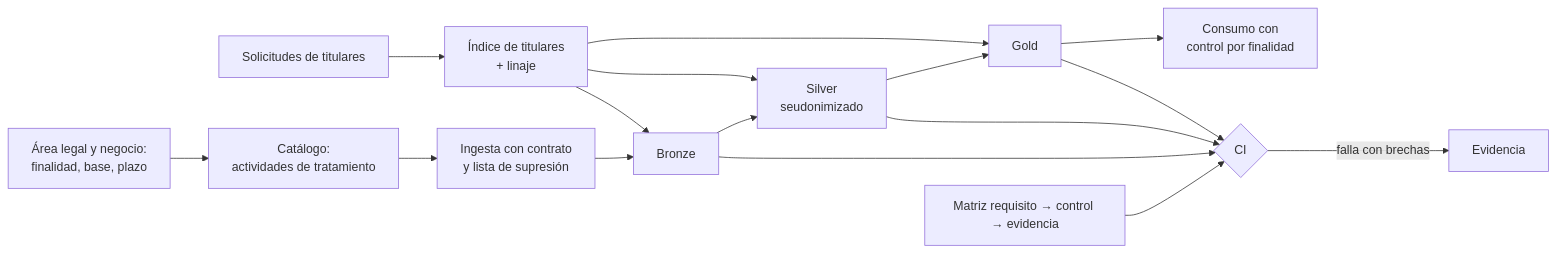
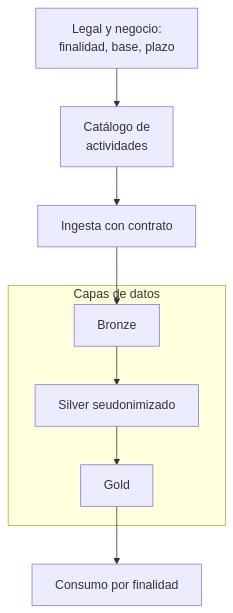
One commit to fcp4891/de-knowledge-hub changed the first of 2 diagrams in content/concepts/chile-data-protection.md. Above: the diagram before and after it, drawn with Mermaid. The commit also changed other lines of this file and 20 other files, not shown here.

First line of the commit message:
§9 con el estándar de diagramas: 21 diagramas sobre 8 nodos o 10 aristas, rehechos

````diff
--- a/content/concepts/chile-data-protection.md
+++ b/content/concepts/chile-data-protection.md
@@ -203,12 +205,10 @@
 ```mermaid
-flowchart LR
-  L["Área legal y negocio:<br/>finalidad, base, plazo"] --> C["Catálogo:<br/>actividades de tratamiento"]
-  C --> I["Ingesta con contrato<br/>y lista de supresión"]
-  I --> B["Bronze"] --> S["Silver<br/>seudonimizado"] --> G["Gold"]
-  G --> U["Consumo con<br/>control por finalidad"]
-  R["Solicitudes de titulares"] --> X["Índice de titulares<br/>+ linaje"]
-  X --> B & S & G
-  M["Matriz requisito → control → evidencia"] --> CI{"CI"}
-  B & S & G --> CI
-  CI -- "falla con brechas" --> E["Evidencia"]
+flowchart TB
+  L["Legal y negocio:<br/>finalidad, base, plazo"] --> C["Catálogo de<br/>actividades"]
+  C --> I["Ingesta con contrato"]
+  subgraph Capas["Capas de datos"]
+    B["Bronze"] --> S["Silver seudonimizado"] --> G["Gold"]
+  end
+  I --> B
+  G --> U["Consumo por finalidad"]
 ```
````
